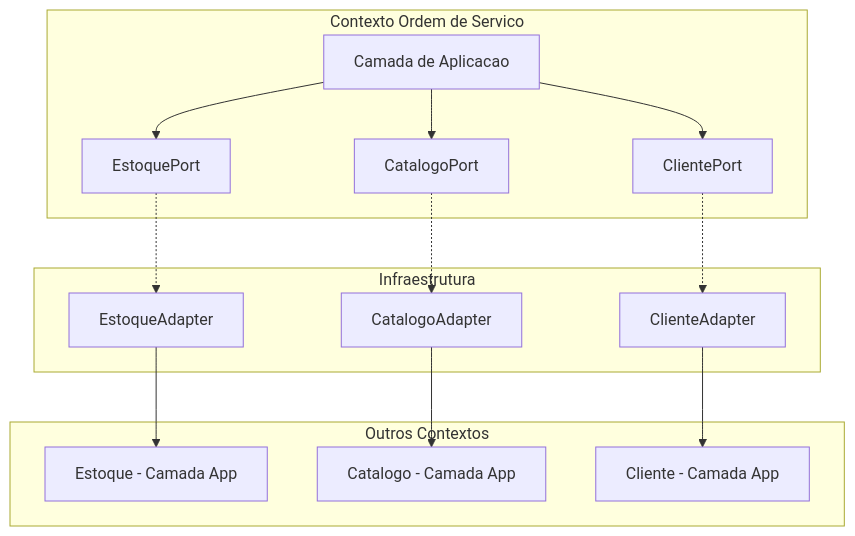
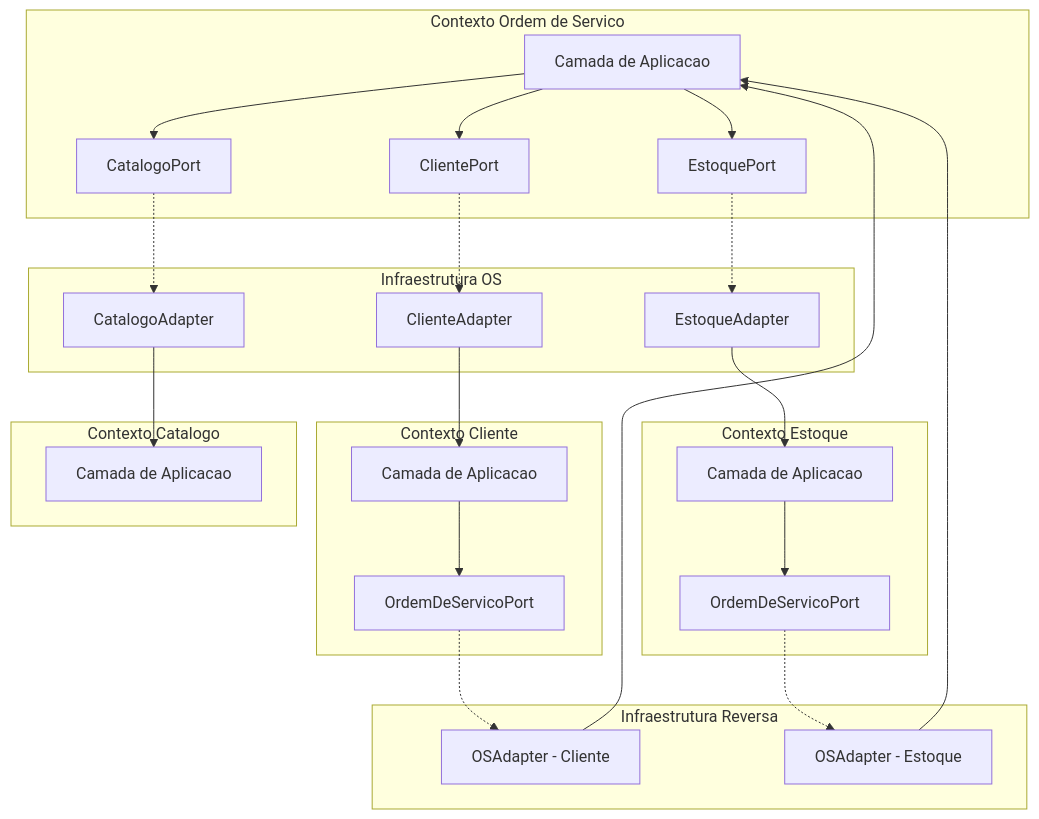
One commit to fiap-postech-sw-architecture/postech-sw-arch-p2 changed the second of 2 diagrams in docs/arquitetura/mapa-contextos.md. Above: the diagram before and after it, drawn with Mermaid. The commit also changed other lines of this file and 4 other files, not shown here.

````diff
--- a/docs/arquitetura/mapa-contextos.md
+++ b/docs/arquitetura/mapa-contextos.md
@@ -76,29 +89,46 @@
 ```mermaid
 graph TD
     subgraph "Contexto Ordem de Servico"
         OS_APP[Camada de Aplicacao]
         PE[EstoquePort]
         PC[CatalogoPort]
         PCL[ClientePort]
     end
-    subgraph "Infraestrutura"
+    subgraph "Contexto Cliente"
+        CLI_APP[Camada de Aplicacao]
+        POS_CLI[OrdemDeServicoPort]
+    end
+    subgraph "Contexto Estoque"
+        EST_APP[Camada de Aplicacao]
+        POS_EST[OrdemDeServicoPort]
+    end
+    subgraph "Contexto Catalogo"
+        CAT_APP[Camada de Aplicacao]
+    end
+    subgraph "Infraestrutura OS"
         AE[EstoqueAdapter]
         AC[CatalogoAdapter]
         ACL[ClienteAdapter]
     end
-    subgraph "Outros Contextos"
-        EST[Estoque - Camada App]
-        CAT[Catalogo - Camada App]
-        CLI[Cliente - Camada App]
+    subgraph "Infraestrutura Reversa"
+        AOS_CLI[OSAdapter - Cliente]
+        AOS_EST[OSAdapter - Estoque]
     end
 
     OS_APP --> PE
     OS_APP --> PC
     OS_APP --> PCL
     PE -.-> AE
     PC -.-> AC
     PCL -.-> ACL
-    AE --> EST
-    AC --> CAT
-    ACL --> CLI
+    AE --> EST_APP
+    AC --> CAT_APP
+    ACL --> CLI_APP
+
+    CLI_APP --> POS_CLI
+    EST_APP --> POS_EST
+    POS_CLI -.-> AOS_CLI
+    POS_EST -.-> AOS_EST
+    AOS_CLI --> OS_APP
+    AOS_EST --> OS_APP
 ```
````
